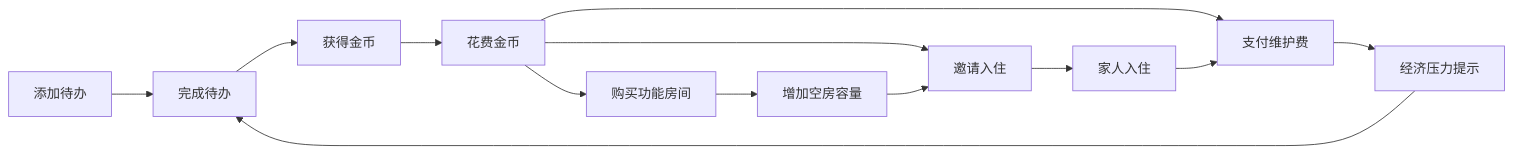
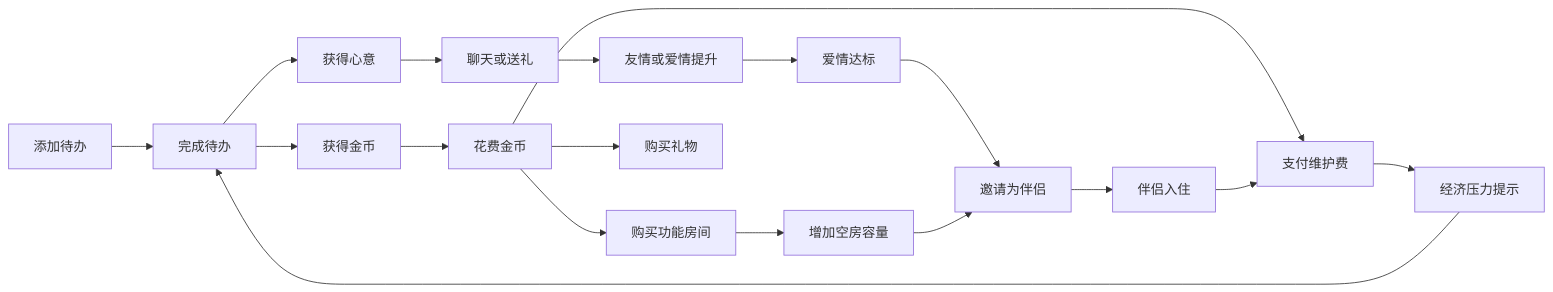
One commit to ggao2014/productivity-valley changed the first of 2 diagrams in docs/DESIGN.md. Above: the diagram before and after it, drawn with Mermaid. The commit also changed other lines of this file, not shown here.

First line of the commit message:
Add otome bond module: dual affinity and partner move-in

````diff
--- a/docs/DESIGN.md
+++ b/docs/DESIGN.md
@@ -35,15 +36,20 @@
 ```mermaid
 flowchart LR
   addTask[添加待办] --> doTask[完成待办]
   doTask --> earnCoin[获得金币]
+  doTask --> earnBond[获得心意]
+  earnBond --> bond[聊天或送礼]
+  bond --> affinity[友情或爱情提升]
   earnCoin --> spend[花费金币]
   spend --> buyRoom[购买功能房间]
-  spend --> invite[邀请入住]
+  spend --> gift[购买礼物]
   spend --> maintain[支付维护费]
   buyRoom --> capacity[增加空房容量]
-  invite --> family[家人入住]
+  affinity --> partnerReady[爱情达标]
+  partnerReady --> invite[邀请为伴侣]
+  capacity --> invite
+  invite --> family[伴侣入住]
   family --> maintain
-  capacity --> invite
   maintain --> pressure[经济压力提示]
   pressure --> doTask
 ```
````
